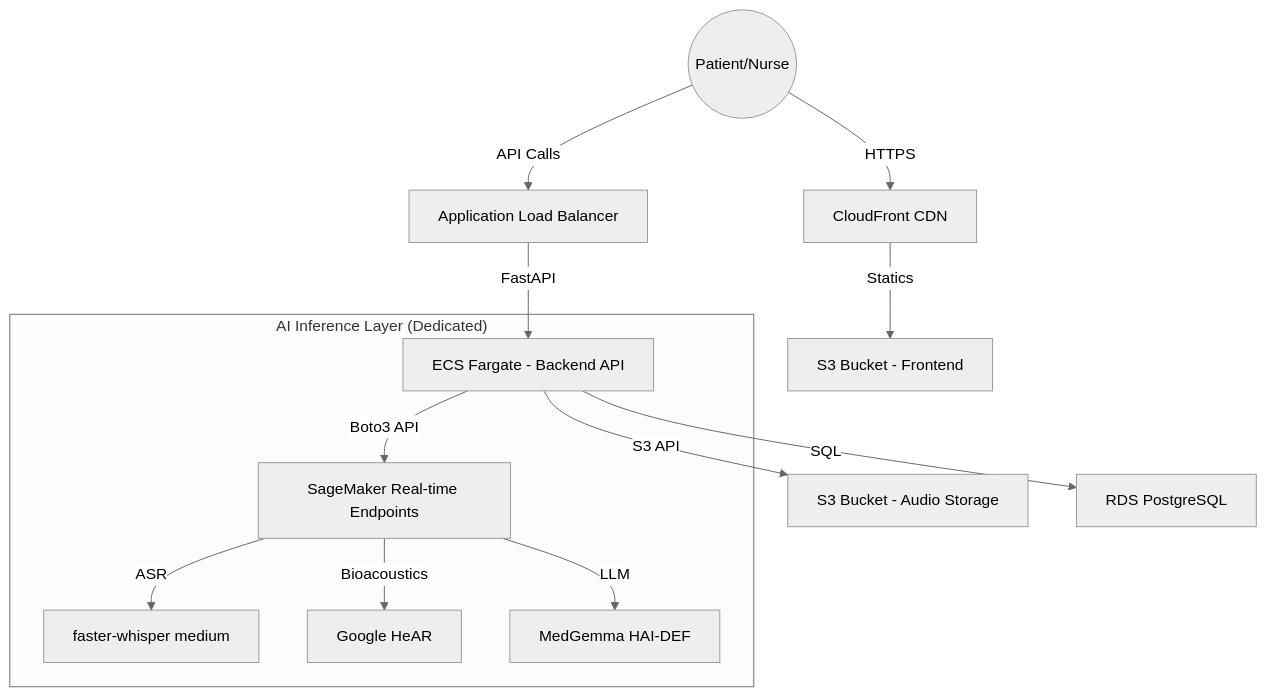
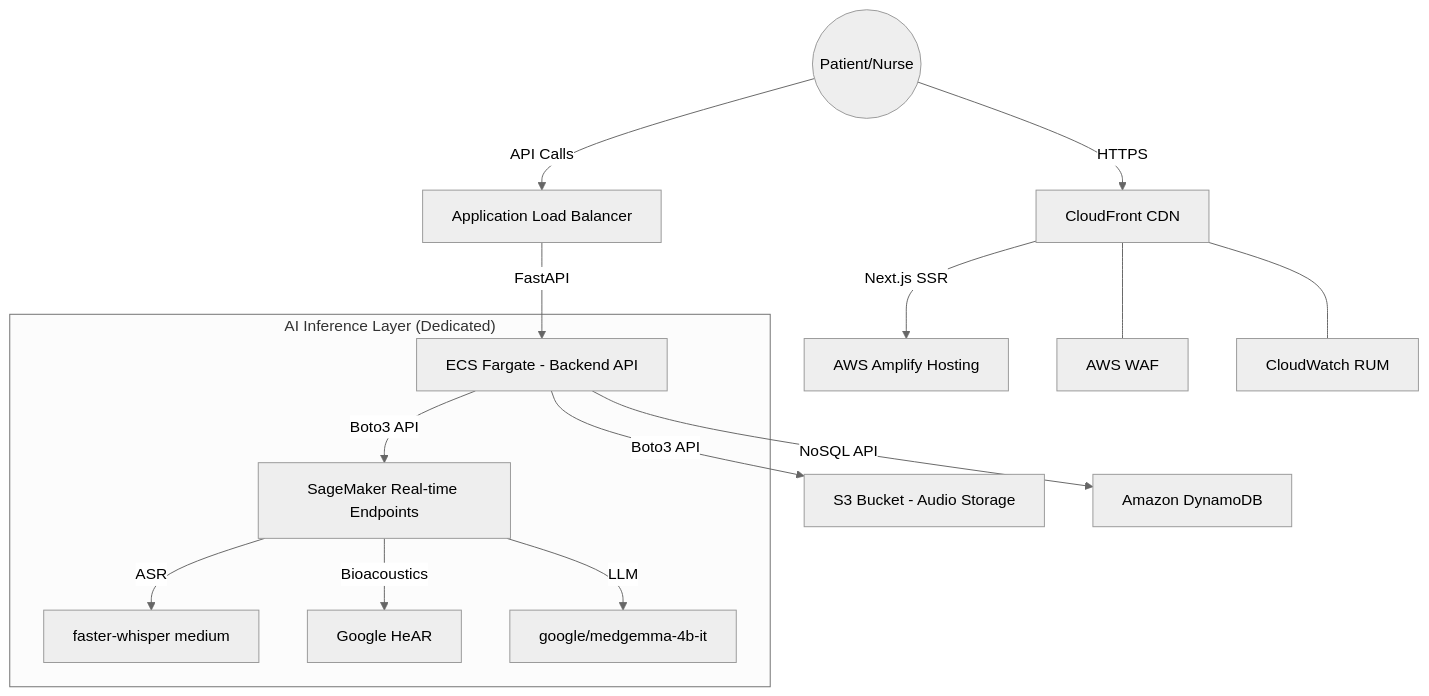
Before and after one commit to SowmyaLR/AIForBharath: the diagram in AWS_DEPLOYMENT_PLAN.md, drawn with Mermaid (neutral theme). The commit also changed other lines of this file and 23 other files, not shown here.

````diff
--- a/AWS_DEPLOYMENT_PLAN.md
+++ b/AWS_DEPLOYMENT_PLAN.md
@@ -27,16 +18,20 @@
 ```mermaid
 graph TD
     User((Patient/Nurse)) -->|HTTPS| CloudFront[CloudFront CDN]
-    CloudFront -->|Statics| S3_Web[S3 Bucket - Frontend]
+    CloudFront -->|Next.js SSR| Amplify[AWS Amplify Hosting]
+    CloudFront --- WAF[AWS WAF]
+    CloudFront --- RUM[CloudWatch RUM]
+    
     User -->|API Calls| ALB[Application Load Balancer]
     ALB -->|FastAPI| ECS_Backend[ECS Fargate - Backend API]
-    ECS_Backend -->|S3 API| S3_Audio[S3 Bucket - Audio Storage]
-    ECS_Backend -->|SQL| RDS[RDS PostgreSQL]
+    
+    ECS_Backend -->|Boto3 API| S3_Audio[S3 Bucket - Audio Storage]
+    ECS_Backend -->|NoSQL API| DynamoDB[Amazon DynamoDB]
     
     subgraph "AI Inference Layer (Dedicated)"
         ECS_Backend -->|Boto3 API| SageMaker_Models[SageMaker Real-time Endpoints]
         SageMaker_Models -->|ASR| Whisper[faster-whisper medium]
         SageMaker_Models -->|Bioacoustics| HeAR[Google HeAR]
-        SageMaker_Models -->|LLM| MedGemma[MedGemma HAI-DEF]
+        SageMaker_Models -->|LLM| MedGemma[google/medgemma-4b-it]
     end
 ```
````
